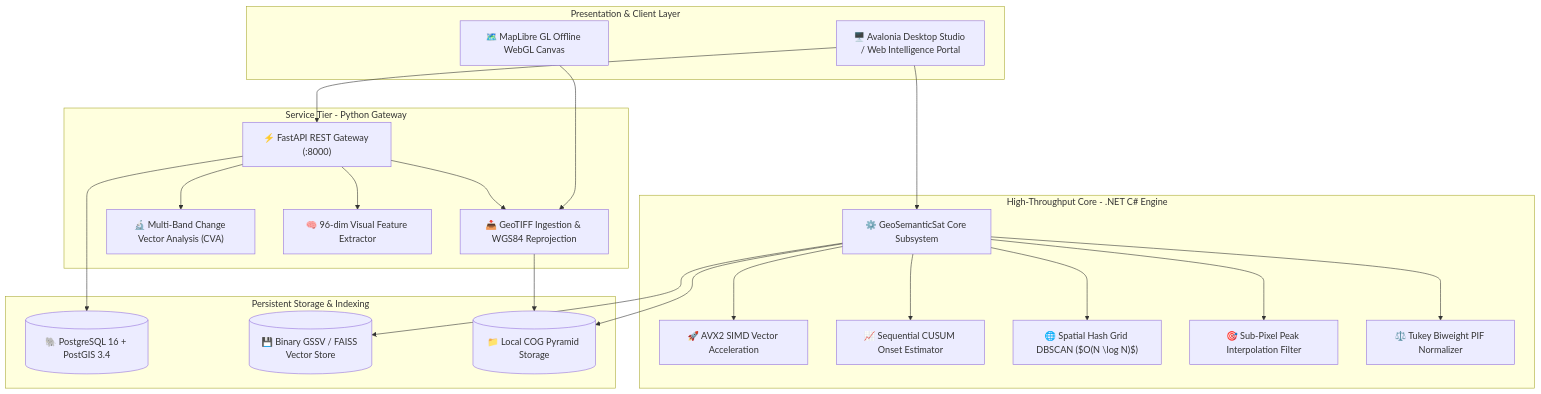
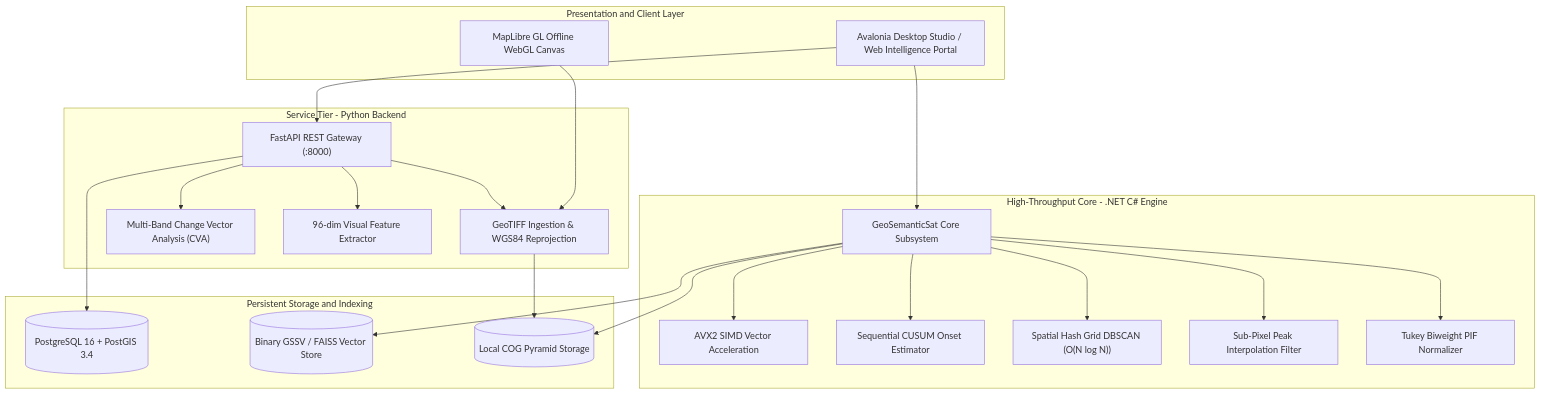
One commit to ARYANCY/GeoSemanticSat-V2 changed the diagram in README.md. Above: the diagram before and after it, drawn with Mermaid. The commit also changed other lines of this file and 6 other files, not shown here.

````diff
--- a/README.md
+++ b/README.md
@@ -29,45 +44,45 @@
 ```mermaid
 graph TD
-    subgraph Presentation & Client Layer
-        UI["🖥️ Avalonia Desktop Studio / Web Intelligence Portal"]
-        MapCanvas["🗺️ MapLibre GL Offline WebGL Canvas"]
+    subgraph Presentation and Client Layer
+        UI["Avalonia Desktop Studio / Web Intelligence Portal"]
+        MapCanvas["MapLibre GL Offline WebGL Canvas"]
     end
 
-    subgraph Service Tier - Python Gateway
-        API["⚡ FastAPI REST Gateway (:8000)"]
-        IngestService["📥 GeoTIFF Ingestion & WGS84 Reprojection"]
-        CVAService["🔬 Multi-Band Change Vector Analysis (CVA)"]
-        Embedder["🧠 96-dim Visual Feature Extractor"]
+    subgraph Service Tier - Python Backend
+        API["FastAPI REST Gateway (:8000)"]
+        IngestService["GeoTIFF Ingestion & WGS84 Reprojection"]
+        CVAService["Multi-Band Change Vector Analysis (CVA)"]
+        Embedder["96-dim Visual Feature Extractor"]
     end
 
     subgraph High-Throughput Core - .NET C# Engine
-        Engine["⚙️ GeoSemanticSat Core Subsystem"]
-        SIMD["🚀 AVX2 SIMD Vector Acceleration"]
-        CUSUM["📈 Sequential CUSUM Onset Estimator"]
-        DBSCAN["🌐 Spatial Hash Grid DBSCAN ($O(N \log N)$)"]
-        JitterFilter["🎯 Sub-Pixel Peak Interpolation Filter"]
-        TukeyNorm["⚖️ Tukey Biweight PIF Normalizer"]
+        Engine["GeoSemanticSat Core Subsystem"]
+        SIMD["AVX2 SIMD Vector Acceleration"]
+        CUSUM["Sequential CUSUM Onset Estimator"]
+        DBSCAN["Spatial Hash Grid DBSCAN (O(N log N))"]
+        JitterFilter["Sub-Pixel Peak Interpolation Filter"]
+        TukeyNorm["Tukey Biweight PIF Normalizer"]
     end
 
-    subgraph Persistent Storage & Indexing
-        PostGIS[("🐘 PostgreSQL 16 + PostGIS 3.4")]
-        BinaryIndex[("💾 Binary GSSV / FAISS Vector Store")]
-        RasterStore[("📁 Local COG Pyramid Storage")]
+    subgraph Persistent Storage and Indexing
+        PostGIS[("PostgreSQL 16 + PostGIS 3.4")]
+        BinaryIndex[("Binary GSSV / FAISS Vector Store")]
+        RasterStore[("Local COG Pyramid Storage")]
     end
 
     UI --> API
     UI --> Engine
     MapCanvas --> IngestService
     API --> IngestService
     API --> CVAService
     API --> Embedder
     API --> PostGIS
     Engine --> SIMD
     Engine --> CUSUM
     Engine --> DBSCAN
     Engine --> JitterFilter
     Engine --> TukeyNorm
     Engine --> BinaryIndex
     IngestService --> RasterStore
     Engine --> RasterStore
 ```
````
